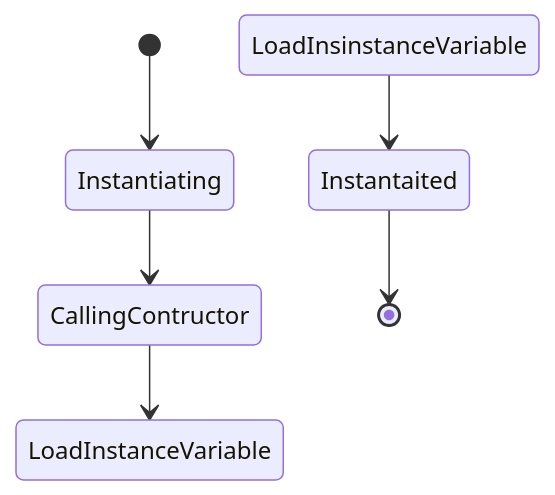
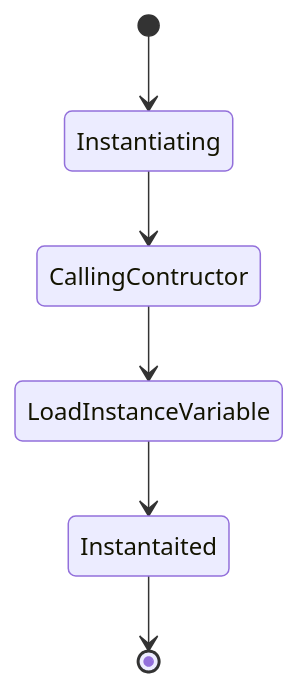
Before and after one commit to chanduujjina/JSE_Practice_2025_B1: the diagram in ObjectInstantation.md, drawn with Mermaid.

````diff
--- a/ObjectInstantation.md
+++ b/ObjectInstantation.md
@@ -16,8 +16,8 @@
 ```mermaid
 stateDiagram-v2
     [*] --> Instantiating
     Instantiating --> CallingContructor
     CallingContructor --> LoadInstanceVariable
-    LoadInsinstanceVariable --> Instantaited
+    LoadInstanceVariable --> Instantaited
     Instantaited --> [*]
 ```
````
